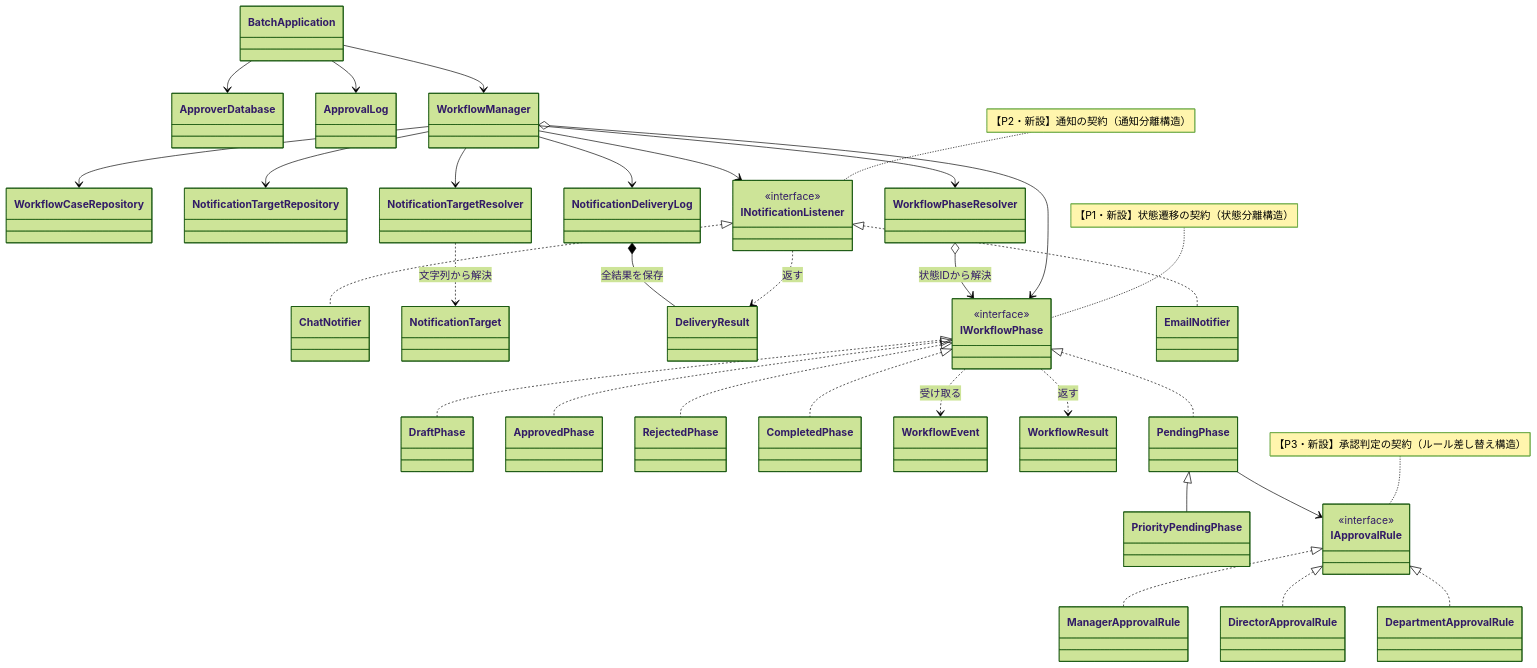
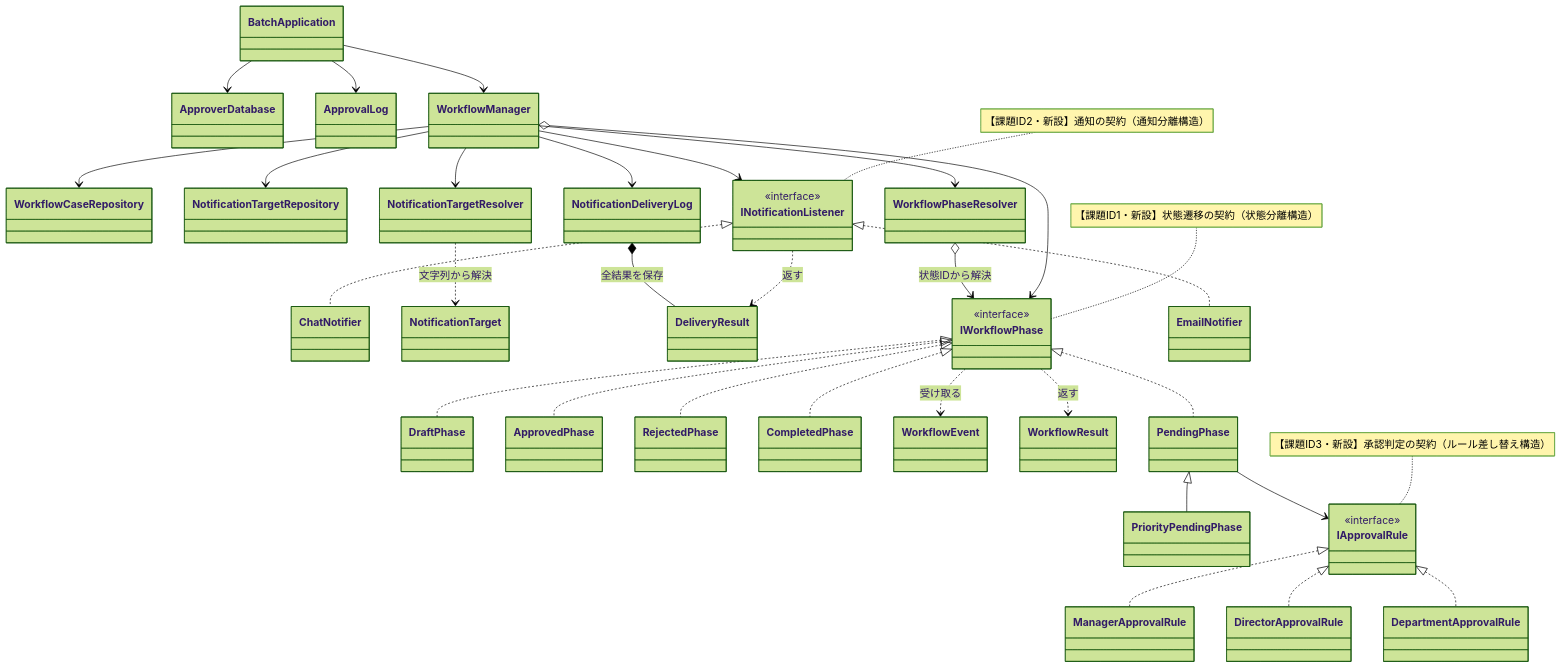
One commit to kumachan1101-pixel/DesignPattern changed diagram 15 of 20 in kindle/design-patterns/output/chapter12.md. Above: the diagram before and after it, drawn with Mermaid (forest theme). The commit also changed other lines of this file and 43 other files, not shown here.

````diff
--- a/kindle/design-patterns/output/chapter12.md
+++ b/kindle/design-patterns/output/chapter12.md
@@ -1473,65 +1561,65 @@
 ```mermaid
 classDiagram
     class DraftPhase
     class ApprovedPhase
     class RejectedPhase
     class CompletedPhase
     class DirectorApprovalRule
     class DepartmentApprovalRule
     class ApproverDatabase
     class WorkflowCaseRepository
     class NotificationTargetRepository
     class ChatNotifier
     class ApprovalLog
     class BatchApplication
     class WorkflowEvent
     class WorkflowResult
     class NotificationTarget
     class DeliveryResult
     class WorkflowManager
     class WorkflowPhaseResolver
     class NotificationTargetResolver
     class NotificationDeliveryLog
     class IWorkflowPhase { <<interface>> }
     class PendingPhase
     class PriorityPendingPhase
     class IApprovalRule { <<interface>> }
     class ManagerApprovalRule
     class INotificationListener { <<interface>> }
     class EmailNotifier
     WorkflowManager o--> IWorkflowPhase
     IWorkflowPhase ..> WorkflowEvent : 受け取る
     IWorkflowPhase ..> WorkflowResult : 返す
     IWorkflowPhase <|.. PendingPhase
     PendingPhase <|-- PriorityPendingPhase
     PendingPhase --> IApprovalRule
     IApprovalRule <|.. ManagerApprovalRule
     WorkflowManager --> INotificationListener
     WorkflowManager --> WorkflowPhaseResolver
     WorkflowManager --> NotificationTargetResolver
     WorkflowManager --> NotificationDeliveryLog
     WorkflowPhaseResolver o--> IWorkflowPhase : 状態IDから解決
     NotificationTargetResolver ..> NotificationTarget : 文字列から解決
     INotificationListener ..> DeliveryResult : 返す
     NotificationDeliveryLog *-- DeliveryResult : 全結果を保存
     INotificationListener <|.. EmailNotifier
     IWorkflowPhase <|.. DraftPhase
     IWorkflowPhase <|.. ApprovedPhase
     IWorkflowPhase <|.. RejectedPhase
     IWorkflowPhase <|.. CompletedPhase
     IApprovalRule <|.. DirectorApprovalRule
     IApprovalRule <|.. DepartmentApprovalRule
     WorkflowManager --> WorkflowCaseRepository
     WorkflowManager --> NotificationTargetRepository
     INotificationListener <|.. ChatNotifier
     BatchApplication --> WorkflowManager
     BatchApplication --> ApproverDatabase
     BatchApplication --> ApprovalLog
 
-    note for IWorkflowPhase "【P1・新設】状態遷移の契約（状態分離構造）"
-    note for INotificationListener "【P2・新設】通知の契約（通知分離構造）"
-    note for IApprovalRule "【P3・新設】承認判定の契約（ルール差し替え構造）"
+    note for IWorkflowPhase "【課題ID1・新設】状態遷移の契約（状態分離構造）"
+    note for INotificationListener "【課題ID2・新設】通知の契約（通知分離構造）"
+    note for IApprovalRule "【課題ID3・新設】承認判定の契約（ルール差し替え構造）"
 
     classDef focus fill:#FFF2CC,stroke:#D6B656,stroke-width:2px,color:#222222
     cssClass "IWorkflowPhase,DraftPhase,PendingPhase,INotificationListener,EmailNotifier,IApprovalRule,ManagerApprovalRule,WorkflowPhaseResolver,NotificationTargetResolver,NotificationDeliveryLog" focus
 ```
````
